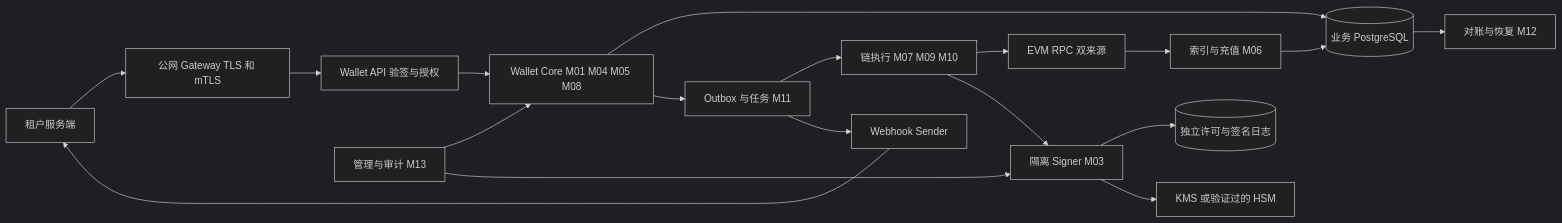
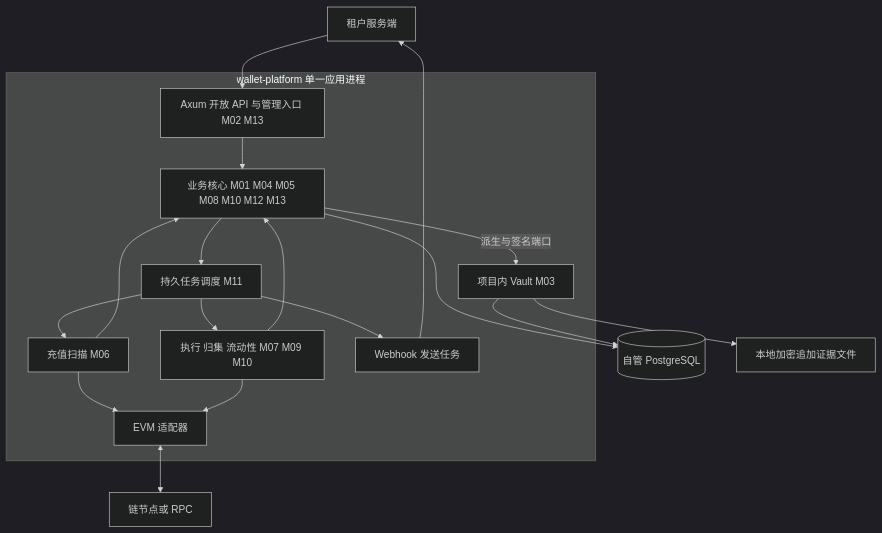
Before and after one commit to Alonoril/wallet-platform: the diagram in docs/multitenant-wallet-design/20261009-v2-detailed-design/README.md, drawn with Mermaid (dark theme). The commit also changed other lines of this file and 17 other files, not shown here.

````diff
--- a/docs/multitenant-wallet-design/20261009-v2-detailed-design/README.md
+++ b/docs/multitenant-wallet-design/20261009-v2-detailed-design/README.md
@@ -63,20 +66,28 @@
 ```mermaid
-flowchart LR
-  T[租户服务端] --> G[公网 Gateway TLS 和 mTLS]
-  G --> API[Wallet API 验签与授权]
-  API --> CORE[Wallet Core M01 M04 M05 M08]
-  CORE --> PG[(业务 PostgreSQL)]
-  CORE --> O[Outbox 与任务 M11]
-  O --> EX[链执行 M07 M09 M10]
-  RPC[EVM RPC 双来源] --> IX[索引与充值 M06]
-  IX --> PG
-  EX --> RPC
-  EX --> SG[隔离 Signer M03]
-  SG --> SP[(独立许可与签名日志)]
-  SG --> KMS[KMS 或验证过的 HSM]
-  PG --> REC[对账与恢复 M12]
-  O --> WH[Webhook Sender]
-  WH --> T
-  ADM[管理与审计 M13] --> CORE
-  ADM --> SG
+flowchart TB
+  Tenant[租户服务端] --> HTTP
+  subgraph App[wallet-platform 单一应用进程]
+    HTTP[Axum 开放 API 与管理入口 M02 M13]
+    Core[业务核心 M01 M04 M05 M08 M10 M12 M13]
+    Jobs[持久任务调度 M11]
+    Scan[充值扫描 M06]
+    Exec[执行 归集 流动性 M07 M09 M10]
+    Vault[项目内 Vault M03]
+    EVM[EVM 适配器]
+    HTTP --> Core
+    Core --> Jobs
+    Jobs --> Scan
+    Jobs --> Exec
+    Scan --> Core
+    Exec --> Core
+    Core -->|派生与签名端口| Vault
+    Scan --> EVM
+    Exec --> EVM
+    Jobs --> Hook[Webhook 发送任务]
+  end
+  Core --> PG[(自管 PostgreSQL)]
+  Vault --> PG
+  Vault --> Evidence[本地加密追加证据文件]
+  EVM <--> RPC[链节点或 RPC]
+  Hook --> Tenant
 ```
````
